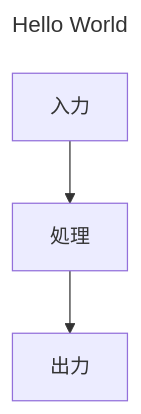
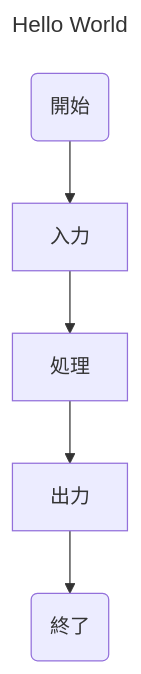
Before and after one commit to yattom/todo-breaking: the diagram in TODO割り問題.md, drawn with Mermaid. The commit also changed other lines of this file, not shown here.

````diff
--- a/TODO割り問題.md
+++ b/TODO割り問題.md
@@ -5,11 +5,12 @@
 ```mermaid
 ---
 title: Hello World
 ---
 flowchart TB
+    id0(開始)
     id1[入力]
     id2[処理]
     id3[出力]
-    id1 --> id2
-    id2 --> id3
+    id4(終了)
+    id0 --> id1 --> id2 --> id3 --> id4
 ```
````
